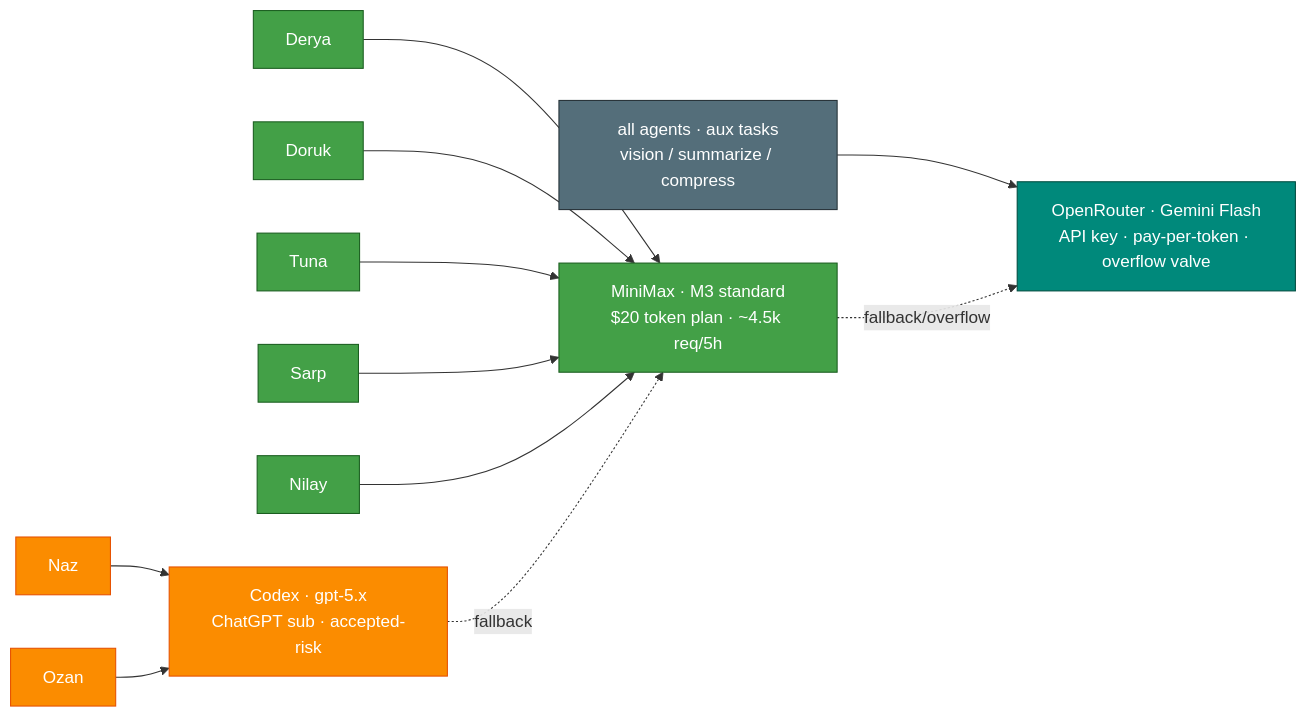
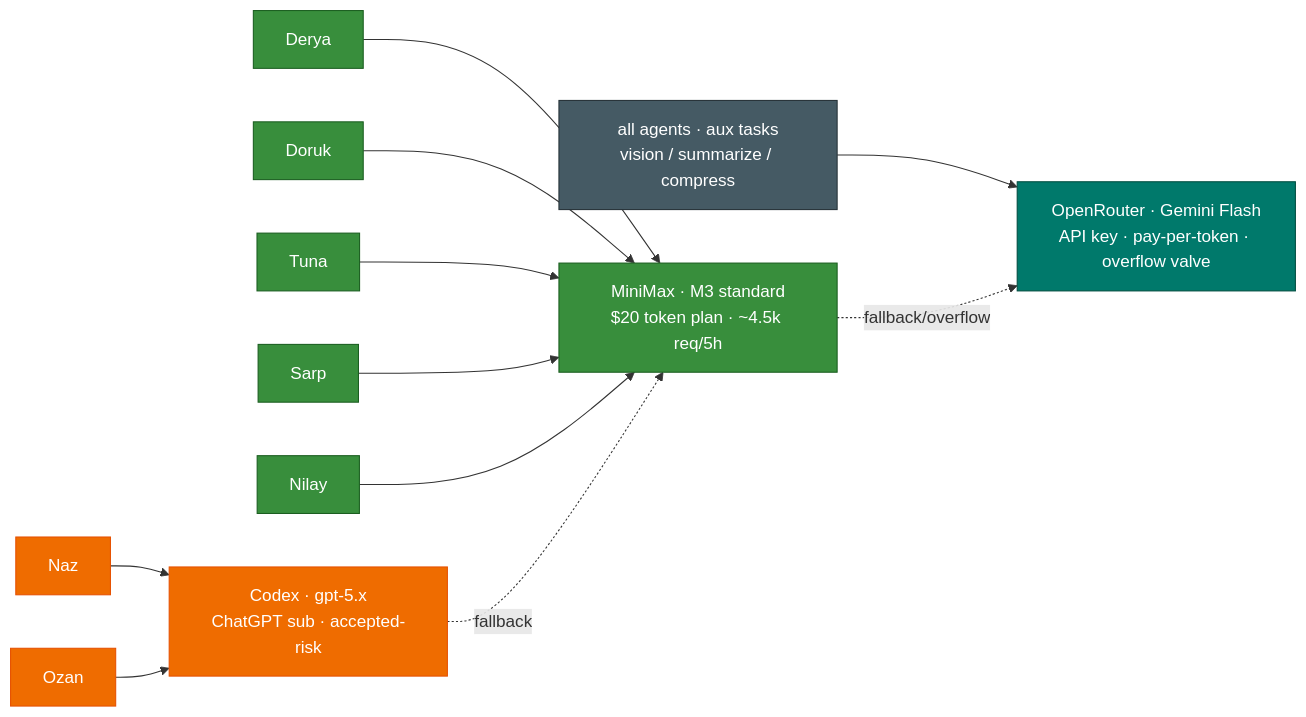
The diagram in docs/04-models.md (mpolatcan/hermes-setup), drawn with Mermaid before and after one commit. The commit also changed 9 other files, not shown here.

First line of the commit message:
docs: unify mermaid palette to Material Design (legible contrast)

````diff
--- a/docs/04-models.md
+++ b/docs/04-models.md
@@ -7,16 +7,16 @@
 ```mermaid
 flowchart LR
     Naz & Ozan --> codex["Codex · gpt-5.x<br/>ChatGPT sub · accepted-risk"]
     Derya & Doruk & Tuna & Sarp & Nilay --> mini["MiniMax · M3 standard<br/>$20 token plan · ~4.5k req/5h"]
     aux["all agents · aux tasks<br/>vision / summarize / compress"] --> or["OpenRouter · Gemini Flash<br/>API key · pay-per-token · overflow valve"]
     codex -. fallback .-> mini
     mini -. fallback/overflow .-> or
-    classDef codex fill:#FB8C00,stroke:#E65100,color:#fff
-    classDef mini fill:#43A047,stroke:#1B5E20,color:#fff
-    classDef ext fill:#00897B,stroke:#004D40,color:#fff
-    classDef neutral fill:#546E7A,stroke:#263238,color:#fff
+    classDef codex fill:#EF6C00,stroke:#E65100,color:#fff
+    classDef mini fill:#388E3C,stroke:#1B5E20,color:#fff
+    classDef ext fill:#00796B,stroke:#004D40,color:#fff
+    classDef neutral fill:#455A64,stroke:#263238,color:#fff
     class Naz,Ozan,codex codex
     class Derya,Doruk,Tuna,Sarp,Nilay,mini mini
     class or ext
     class aux neutral
 ```
````
